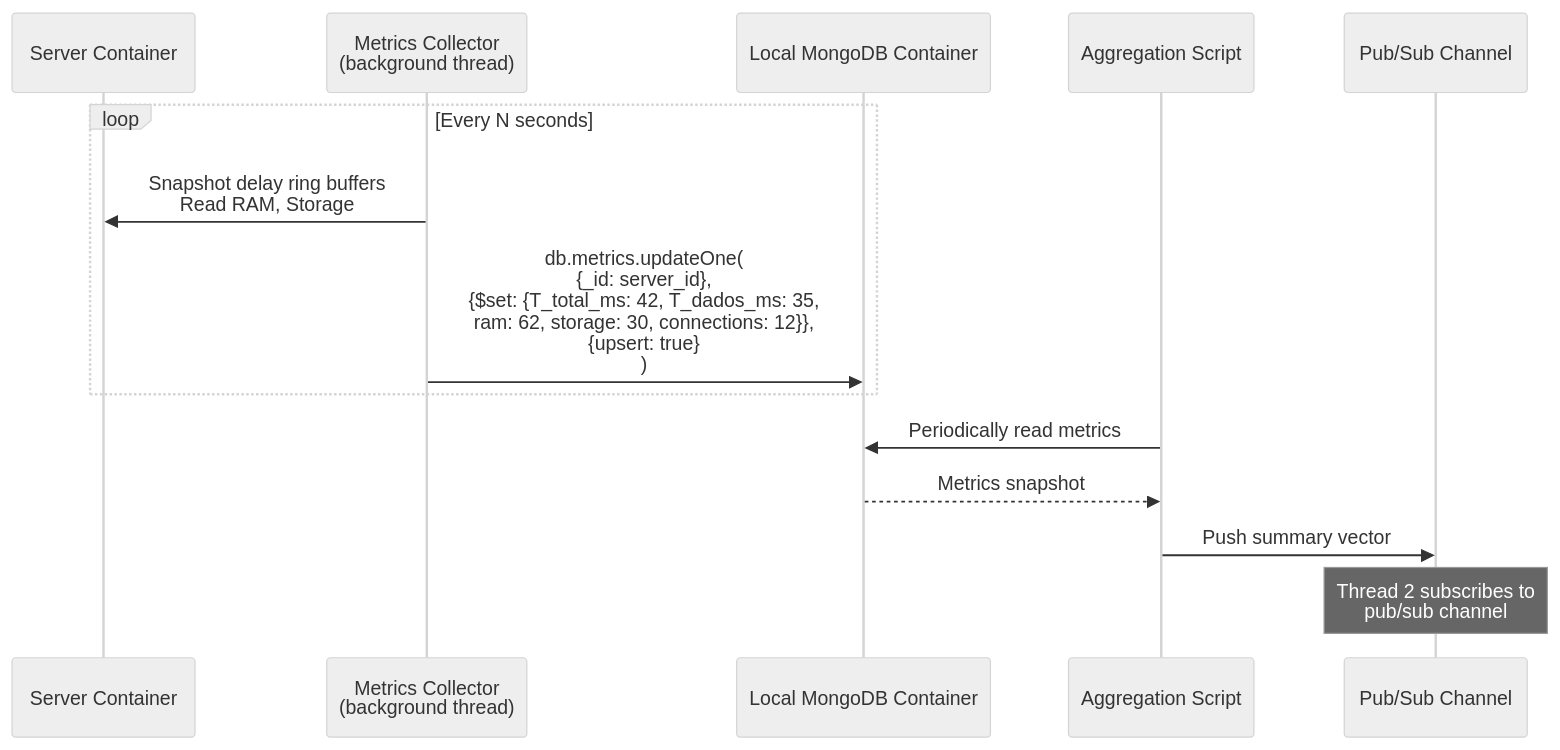
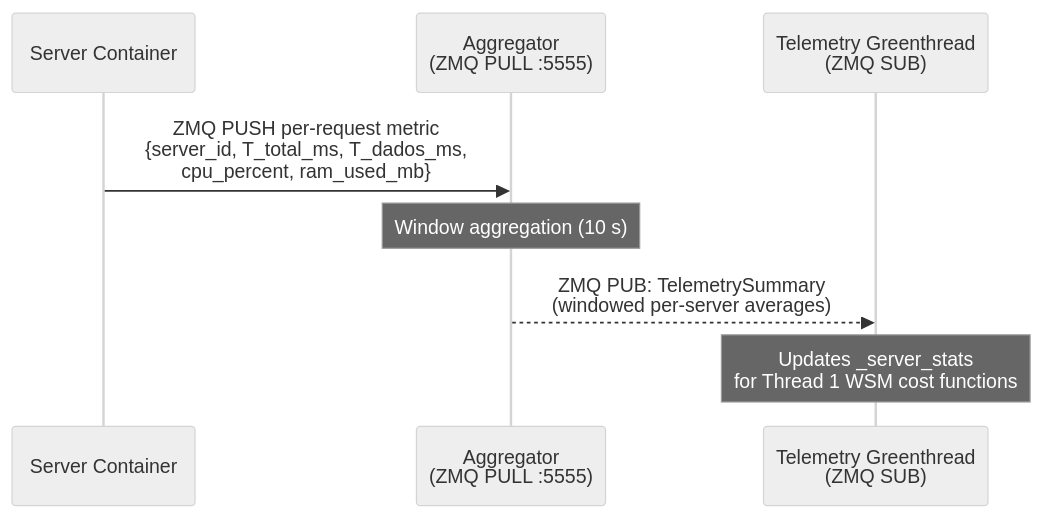
Before and after one commit to poioe20p/efficient-storage-in-edge-scenarios: diagram 16 of 21 in docs/operation/system_scenarios.md, drawn with Mermaid (neutral theme). The commit also changed other lines of this file and 28 other files, not shown here.

Commit message:
- setup testing workload - setup http request with connection to db (made some fixes) wrong port and etc - controller was able to vip route both client http to server and server mongodb to db

````diff
--- a/docs/operation/system_scenarios.md
+++ b/docs/operation/system_scenarios.md
@@ -417,17 +416,11 @@
 ```mermaid
 sequenceDiagram
     participant Server as Server Container
-    participant Collector as Metrics Collector<br/>(background thread)
-    participant LocalMongo as Local MongoDB Container
-    participant AggScript as Aggregation Script
-    participant PubSub as Pub/Sub Channel
+    participant Agg as Aggregator<br/>(ZMQ PULL :5555)
+    participant T2 as Telemetry Greenthread<br/>(ZMQ SUB)
 
-    loop Every N seconds
-        Collector->>Server: Snapshot delay ring buffers<br/>Read RAM, Storage
-        Collector->>LocalMongo: db.metrics.updateOne(<br/>  {_id: server_id},<br/>  {$set: {T_total_ms: 42, T_dados_ms: 35,<br/>          ram: 62, storage: 30, connections: 12}},<br/>  {upsert: true}<br/>)
-    end
-    AggScript->>LocalMongo: Periodically read metrics
-    LocalMongo-->>AggScript: Metrics snapshot
-    AggScript->>PubSub: Push summary vector
-    Note over PubSub: Thread 2 subscribes to<br/>pub/sub channel
+    Server->>Agg: ZMQ PUSH per-request metric<br/>{server_id, T_total_ms, T_dados_ms,<br/>cpu_percent, ram_used_mb}
+    Note over Agg: Window aggregation (10 s)
+    Agg-->>T2: ZMQ PUB: TelemetrySummary<br/>(windowed per-server averages)
+    Note over T2: Updates _server_stats<br/>for Thread 1 WSM cost functions
 ```
````
